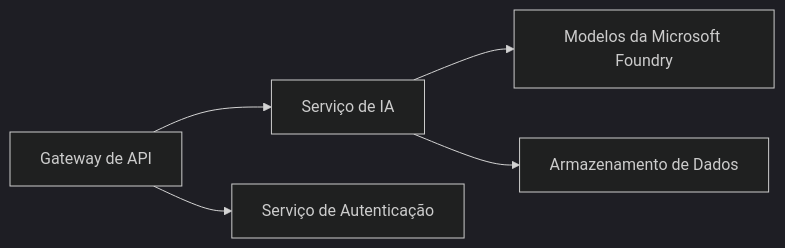
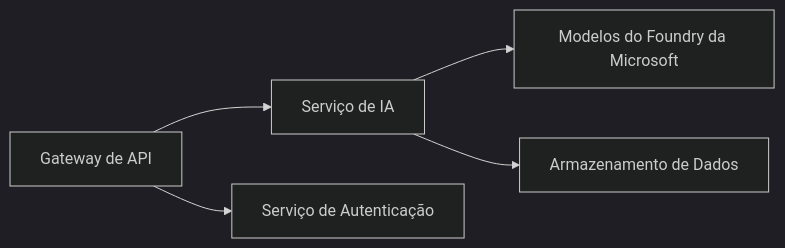
The first of 2 diagrams in translations/pt-BR/docs/chapter-08-production/README.md (microsoft/AZD-for-beginners), drawn with Mermaid (dark theme) before and after one commit. The commit also changed other lines of this file and 104 other files, not shown here.

````diff
--- a/translations/pt-BR/docs/chapter-08-production/README.md
+++ b/translations/pt-BR/docs/chapter-08-production/README.md
@@ -48,6 +48,6 @@
 ```mermaid
 graph LR
-    Gateway[Gateway de API] --> AI[Serviço de IA] --> Models[Modelos da Microsoft Foundry]
+    Gateway[Gateway de API] --> AI[Serviço de IA] --> Models[Modelos do Foundry da Microsoft]
     Gateway --> Auth[Serviço de Autenticação]
     AI --> Data[Armazenamento de Dados]
 ```
````
